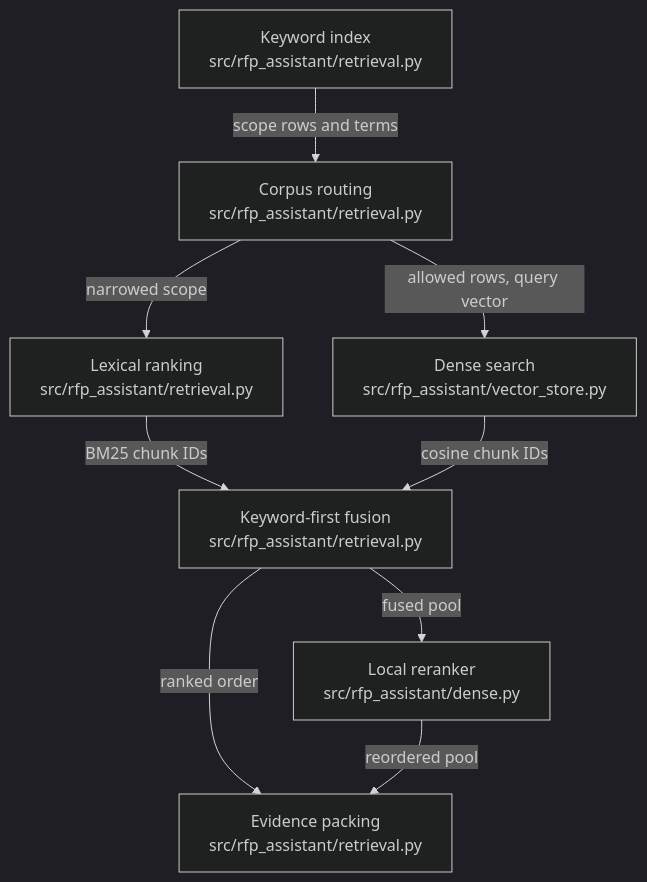
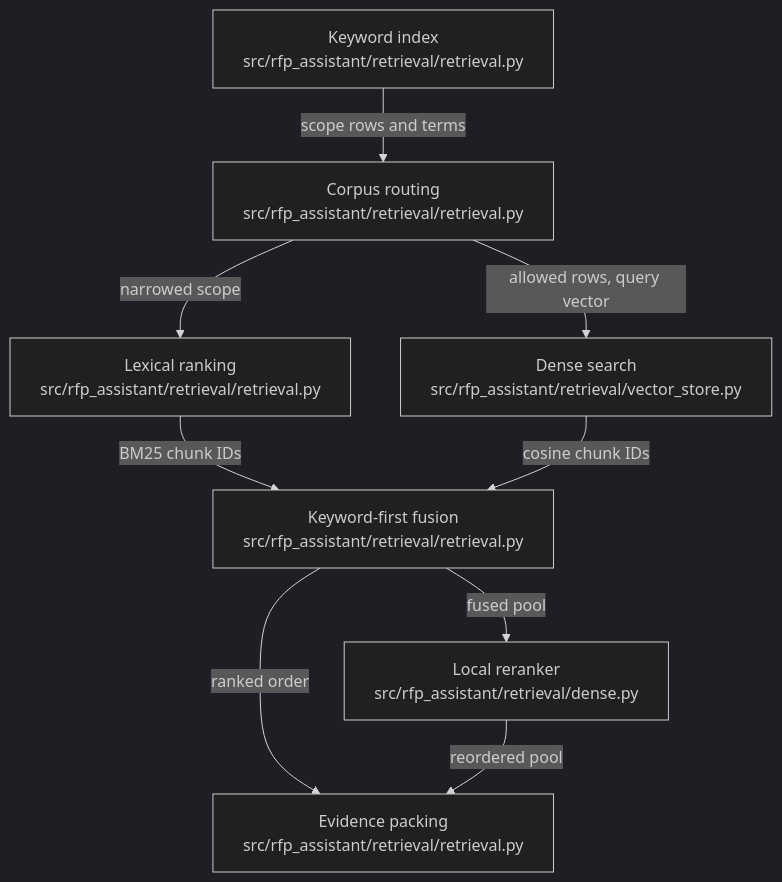
The diagram in .omm/overall-architecture/retrieval-engine/diagram.mmd (littleeeeebit/project-codeit-mid), drawn with Mermaid (dark theme) before and after one commit. The commit also changed 13 other files, not shown here.

Commit message:
Name the layer package paths in docs and diagrams

```diff
--- a/.omm/overall-architecture/retrieval-engine/diagram.mmd
+++ b/.omm/overall-architecture/retrieval-engine/diagram.mmd
@@ -1,9 +1,9 @@
 graph TD
-  keyword-index["Keyword index\nsrc/rfp_assistant/retrieval.py"] -->|"scope rows and terms"| corpus-routing["Corpus routing\nsrc/rfp_assistant/retrieval.py"]
-  corpus-routing -->|"narrowed scope"| lexical-ranking["Lexical ranking\nsrc/rfp_assistant/retrieval.py"]
-  corpus-routing -->|"allowed rows, query vector"| dense-search["Dense search\nsrc/rfp_assistant/vector_store.py"]
-  lexical-ranking -->|"BM25 chunk IDs"| fusion["Keyword-first fusion\nsrc/rfp_assistant/retrieval.py"]
+  keyword-index["Keyword index\nsrc/rfp_assistant/retrieval/retrieval.py"] -->|"scope rows and terms"| corpus-routing["Corpus routing\nsrc/rfp_assistant/retrieval/retrieval.py"]
+  corpus-routing -->|"narrowed scope"| lexical-ranking["Lexical ranking\nsrc/rfp_assistant/retrieval/retrieval.py"]
+  corpus-routing -->|"allowed rows, query vector"| dense-search["Dense search\nsrc/rfp_assistant/retrieval/vector_store.py"]
+  lexical-ranking -->|"BM25 chunk IDs"| fusion["Keyword-first fusion\nsrc/rfp_assistant/retrieval/retrieval.py"]
   dense-search -->|"cosine chunk IDs"| fusion
-  fusion -->|"fused pool"| reranker["Local reranker\nsrc/rfp_assistant/dense.py"]
-  fusion -->|"ranked order"| evidence-packing["Evidence packing\nsrc/rfp_assistant/retrieval.py"]
+  fusion -->|"fused pool"| reranker["Local reranker\nsrc/rfp_assistant/retrieval/dense.py"]
+  fusion -->|"ranked order"| evidence-packing["Evidence packing\nsrc/rfp_assistant/retrieval/retrieval.py"]
   reranker -->|"reordered pool"| evidence-packing
```
